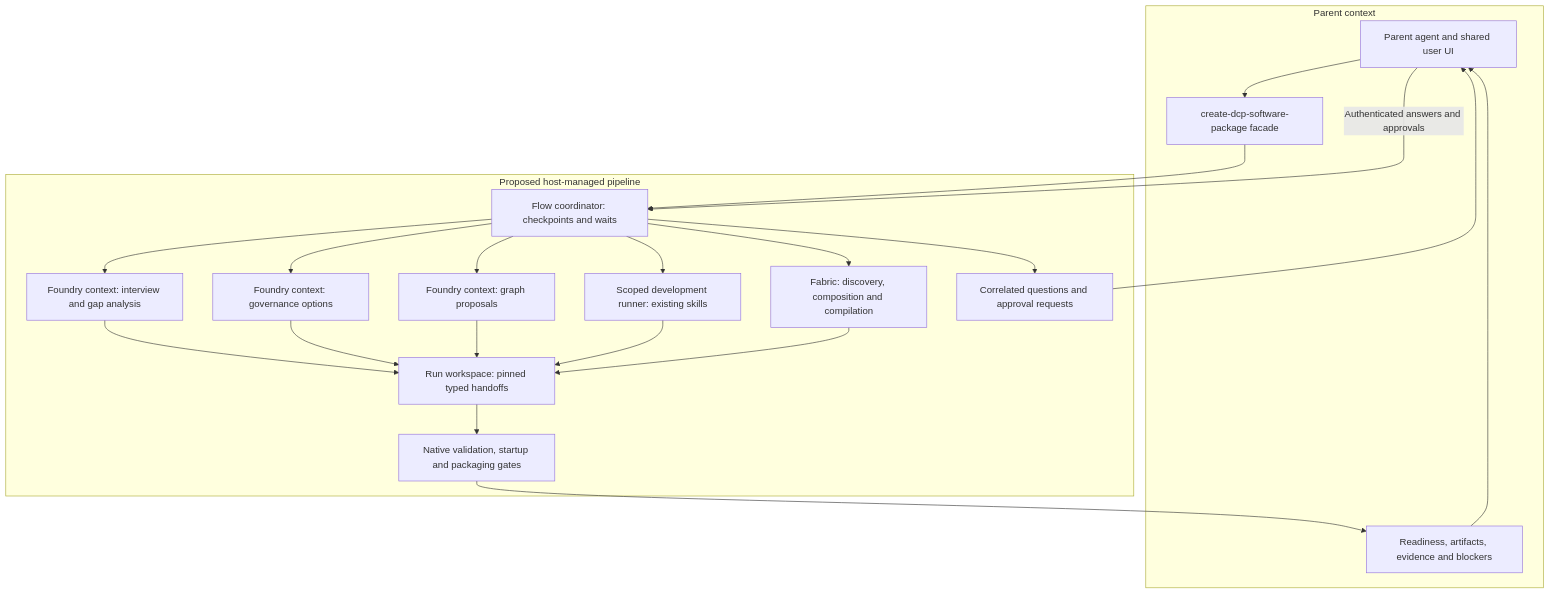
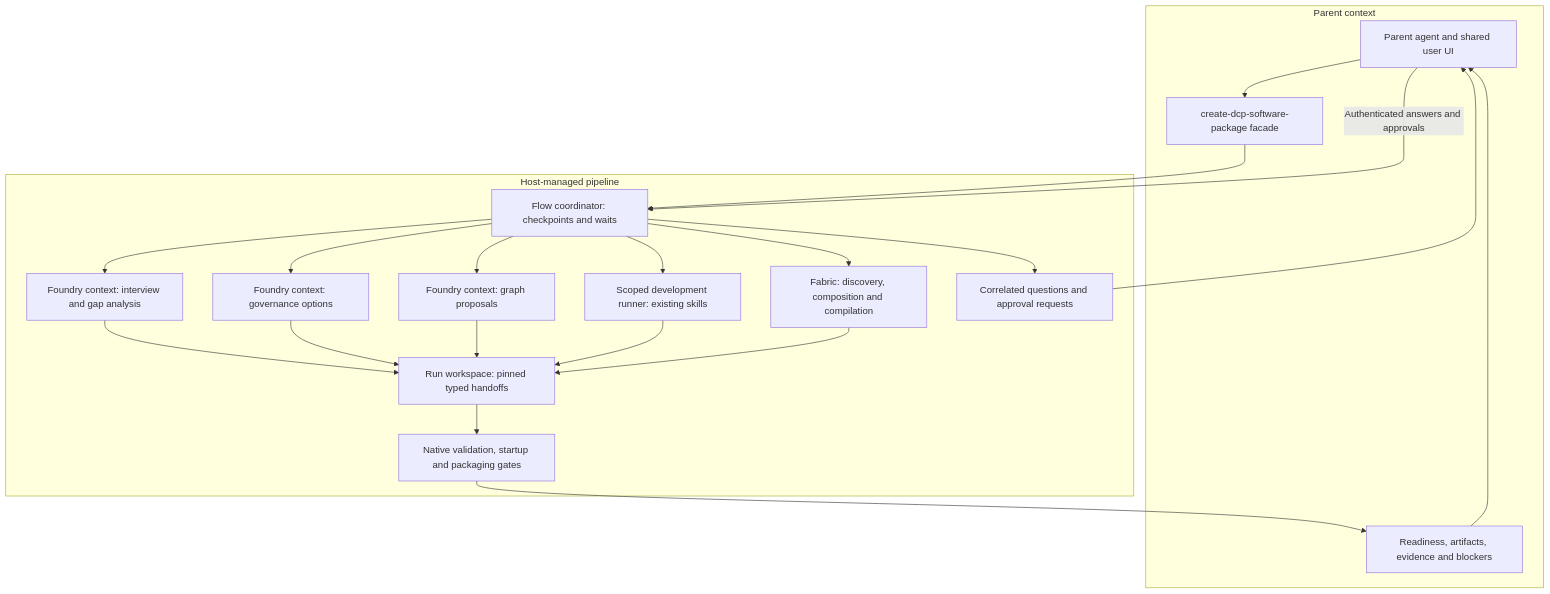
The diagram in docs/HLD-dcp-software-assembly-skills.md (UnfurlSystemsLab/unfurl-dcp), drawn with Mermaid before and after one commit. The commit also changed other lines of this file and 18 other files, not shown here.

````diff
--- a/docs/HLD-dcp-software-assembly-skills.md
+++ b/docs/HLD-dcp-software-assembly-skills.md
@@ -30,37 +31,37 @@
 ```mermaid
 flowchart TD
     subgraph UserContext["Parent context"]
         Parent["Parent agent and shared user UI"]
         Facade["create-dcp-software-package facade"]
         Result["Readiness, artifacts, evidence and blockers"]
         Parent --> Facade
         Result --> Parent
     end
-    subgraph AuthoringHost["Proposed host-managed pipeline"]
+    subgraph AuthoringHost["Host-managed pipeline"]
         Flow["Flow coordinator: checkpoints and waits"]
         Interview["Foundry context: interview and gap analysis"]
         Governance["Foundry context: governance options"]
         Graph["Foundry context: graph proposals"]
         Dev["Scoped development runner: existing skills"]
         Fabric["Fabric: discovery, composition and compilation"]
         Workspace["Run workspace: pinned typed handoffs"]
         Gates["Native validation, startup and packaging gates"]
         Questions["Correlated questions and approval requests"]
         Flow --> Interview
         Flow --> Governance
         Flow --> Graph
         Flow --> Dev
         Flow --> Fabric
         Interview --> Workspace
         Governance --> Workspace
         Graph --> Workspace
         Dev --> Workspace
         Fabric --> Workspace
         Workspace --> Gates
         Flow --> Questions
     end
     Facade --> Flow
     Gates --> Result
     Questions --> Parent
     Parent -->|"Authenticated answers and approvals"| Flow
 ```
````
